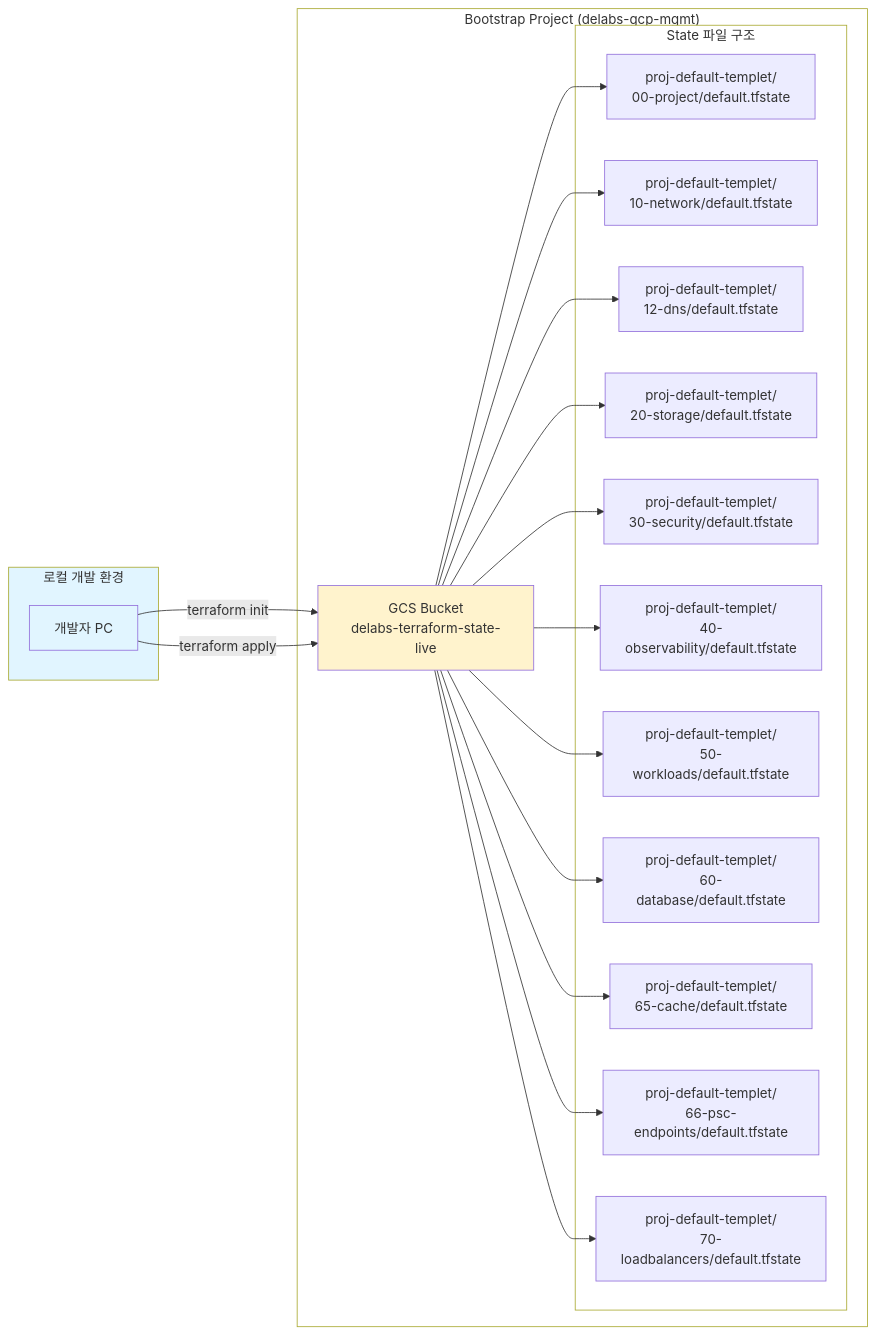
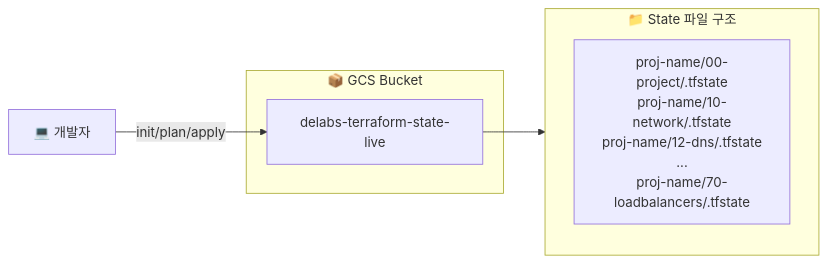
One commit to JSJ2337/GCP_terraform_code changed the second of 9 diagrams in terraform_gcp_infra/docs/architecture/diagrams.md. Above: the diagram before and after it, drawn with Mermaid. The commit also changed other lines of this file and 2 other files, not shown here.

First line of the commit message:
docs: Mermaid 다이어그램 가독성 개선

````diff
--- a/terraform_gcp_infra/docs/architecture/diagrams.md
+++ b/terraform_gcp_infra/docs/architecture/diagrams.md
@@ -105,45 +70,15 @@
 ```mermaid
-%%{init: {'theme': 'default'}}%%
-graph LR
-    subgraph LocalEnv["로컬 개발 환경"]
-        DEV[개발자 PC]
+flowchart LR
+    DEV["💻 개발자"]
+
+    subgraph GCS["📦 GCS Bucket"]
+        BUCKET["delabs-terraform-state-live"]
     end
 
-    subgraph BootstrapProj["Bootstrap Project (delabs-gcp-mgmt)"]
-        BUCKET[GCS Bucket<br/>delabs-terraform-state-live]
-
-        subgraph StateFiles["State 파일 구조"]
-            S1[proj-default-templet/<br/>00-project/default.tfstate]
-            S2[proj-default-templet/<br/>10-network/default.tfstate]
-            S2_DNS[proj-default-templet/<br/>12-dns/default.tfstate]
-            S3[proj-default-templet/<br/>20-storage/default.tfstate]
-            S4[proj-default-templet/<br/>30-security/default.tfstate]
-            S5[proj-default-templet/<br/>40-observability/default.tfstate]
-            S6[proj-default-templet/<br/>50-workloads/default.tfstate]
-            S7[proj-default-templet/<br/>60-database/default.tfstate]
-            S8[proj-default-templet/<br/>65-cache/default.tfstate]
-            S8_PSC[proj-default-templet/<br/>66-psc-endpoints/default.tfstate]
-            S9[proj-default-templet/<br/>70-loadbalancers/default.tfstate]
-        end
+    subgraph STATE["📁 State 파일 구조"]
+        S["proj-name/00-project/.tfstate<br/>proj-name/10-network/.tfstate<br/>proj-name/12-dns/.tfstate<br/>...<br/>proj-name/70-loadbalancers/.tfstate"]
     end
 
-    DEV -->|terraform init| BUCKET
-    DEV -->|terraform apply| BUCKET
-    BUCKET --> S1
-    BUCKET --> S2
-    BUCKET --> S2_DNS
-    BUCKET --> S3
-    BUCKET --> S4
-    BUCKET --> S5
-    BUCKET --> S6
-    BUCKET --> S7
-    BUCKET --> S8
-    BUCKET --> S8_PSC
-    BUCKET --> S9
-
-    style LocalEnv fill:#e1f5ff
-    style BootstrapProj fill:#ffffff
-    style StateFiles fill:#ffffff
-    style BUCKET fill:#fff3cd
-    style DEV fill:#e1f5ff
+    DEV -->|init/plan/apply| BUCKET
+    BUCKET --> STATE
 ```
````
